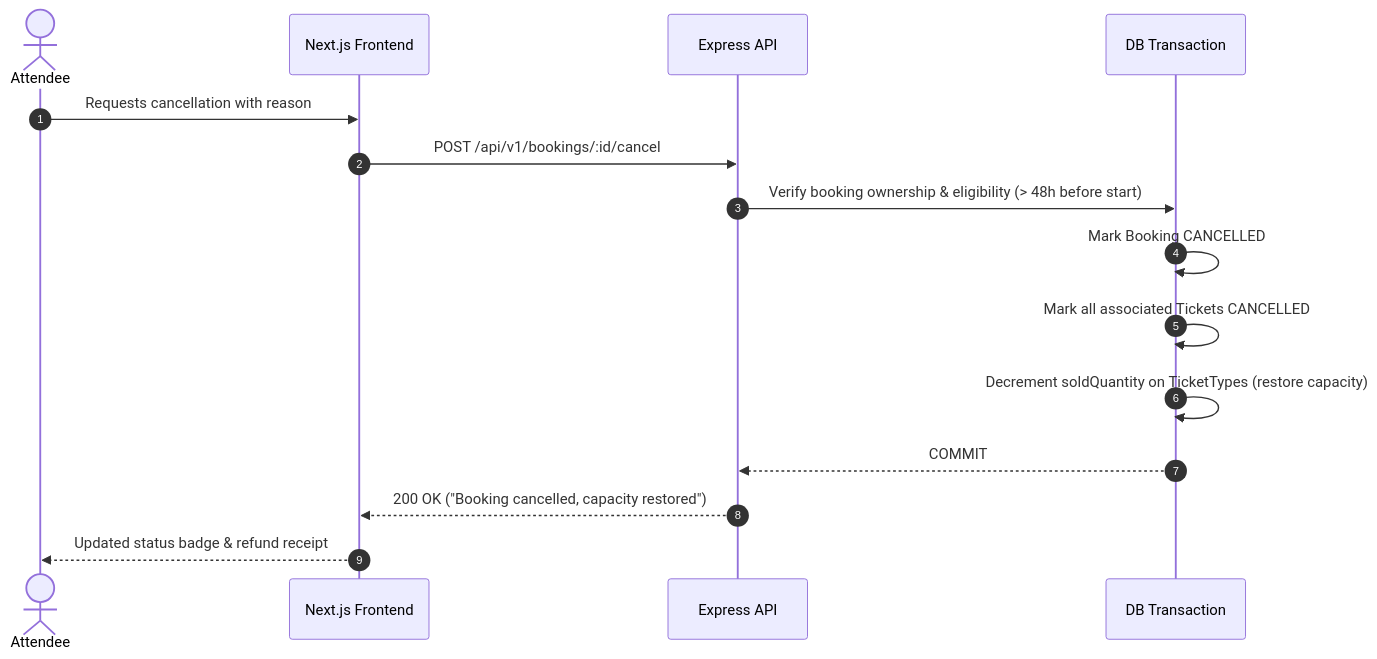
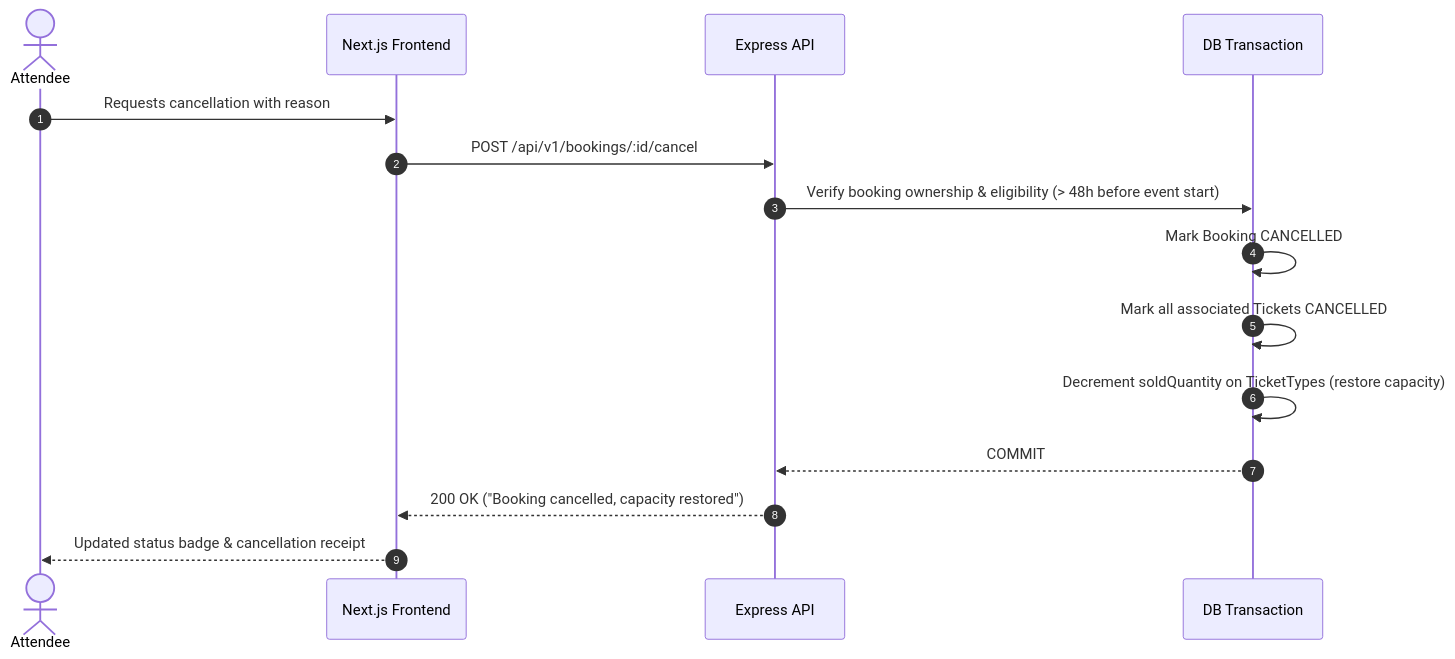
Before and after one commit to meiyarasam/eventra-event-booking: the sixth of 6 diagrams in docs/flow-diagram.md, drawn with Mermaid. The commit also changed other lines of this file and 5 other files, not shown here.

````diff
--- a/docs/flow-diagram.md
+++ b/docs/flow-diagram.md
@@ -155,18 +155,18 @@
 ```mermaid
 sequenceDiagram
     autonumber
     actor Attendee
     participant Web as Next.js Frontend
     participant API as Express API
     participant Tx as DB Transaction
 
     Attendee->>Web: Requests cancellation with reason
     Web->>API: POST /api/v1/bookings/:id/cancel
-    API->>Tx: Verify booking ownership & eligibility (> 48h before start)
+    API->>Tx: Verify booking ownership & eligibility (> 48h before event start)
     Tx->>Tx: Mark Booking CANCELLED
     Tx->>Tx: Mark all associated Tickets CANCELLED
     Tx->>Tx: Decrement soldQuantity on TicketTypes (restore capacity)
     Tx-->>API: COMMIT
     API-->>Web: 200 OK ("Booking cancelled, capacity restored")
-    Web-->>Attendee: Updated status badge & refund receipt
+    Web-->>Attendee: Updated status badge & cancellation receipt
 ```
````
